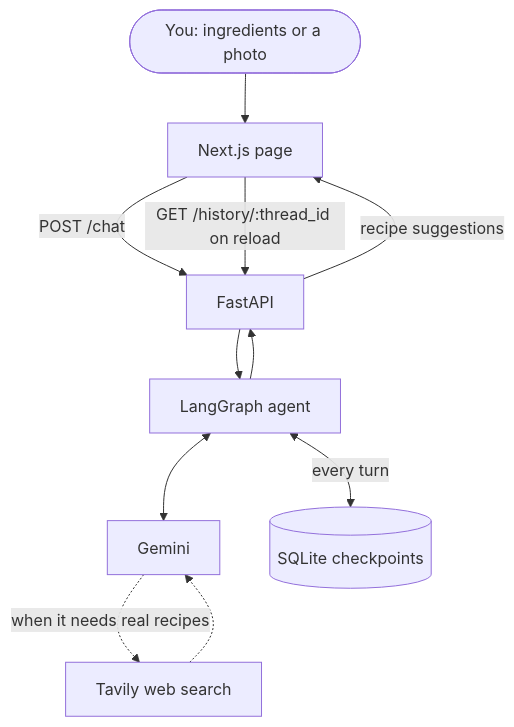
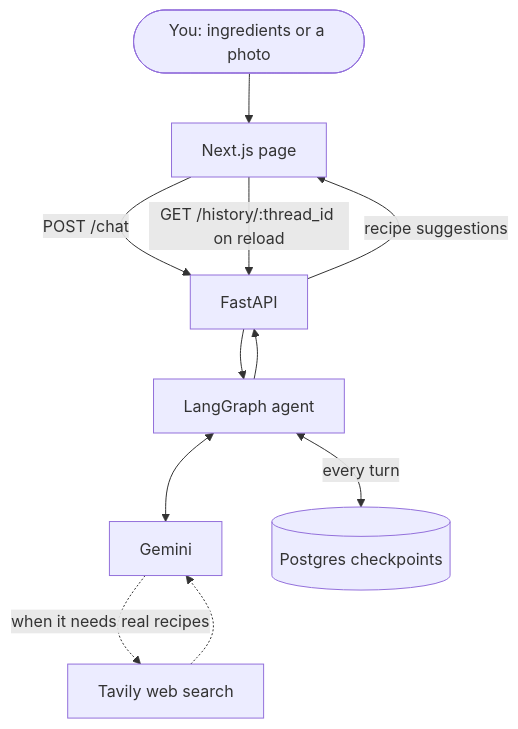
One commit to ol1ak5/my-personal-chef changed the diagram in README.md. Above: the diagram before and after it, drawn with Mermaid. The commit also changed other lines of this file and 2 other files, not shown here.

````diff
--- a/README.md
+++ b/README.md
@@ -15,13 +26,13 @@
 ```mermaid
 flowchart TD
     You(["You: ingredients or a photo"]) --> Page["Next.js page"]
     Page -->|"POST /chat"| API["FastAPI"]
     API --> Agent["LangGraph agent"]
     Agent <--> Gemini["Gemini"]
     Gemini -.->|"when it needs real recipes"| Tavily["Tavily web search"]
     Tavily -.-> Gemini
-    Agent <-->|"every turn"| DB[("SQLite checkpoints")]
+    Agent <-->|"every turn"| DB[("Postgres checkpoints")]
     Agent --> API
     API -->|"recipe suggestions"| Page
     Page -->|"GET /history/:thread_id on reload"| API
 ```
````
